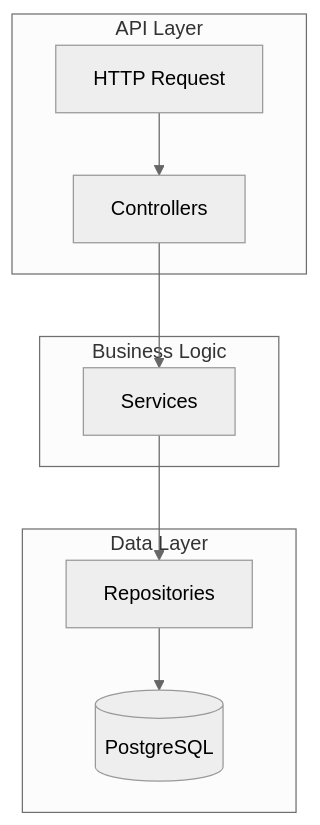
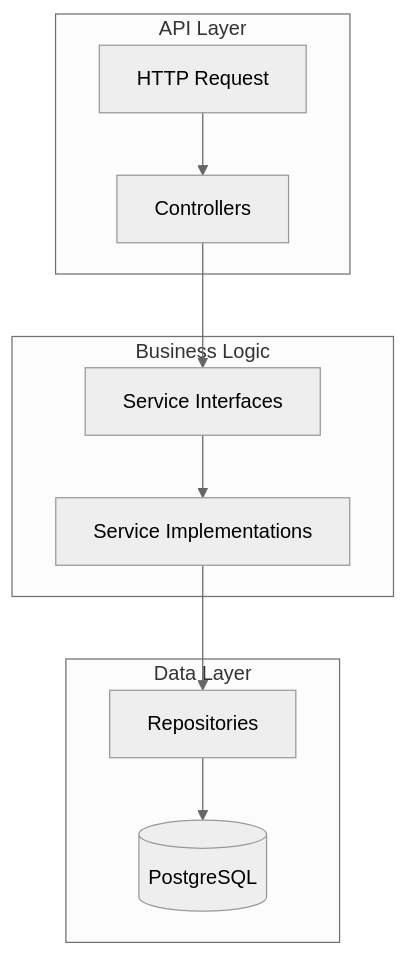
Before and after one commit to ashrith-devison/sangrah: the diagram in README.md, drawn with Mermaid (neutral theme). The commit also changed other lines of this file and 12 other files, not shown here.

````diff
--- a/README.md
+++ b/README.md
@@ -16,15 +19,16 @@
 ```mermaid
 flowchart TD
     subgraph API Layer
         A[HTTP Request]
         B[Controllers]
     end
     subgraph Business Logic
-        C[Services]
+        C[Service Interfaces]
+        F[Service Implementations]
     end
     subgraph Data Layer
         D[Repositories]
         E[(PostgreSQL)]
     end
-    A --> B --> C --> D --> E
+    A --> B --> C --> F --> D --> E
 ```
````
